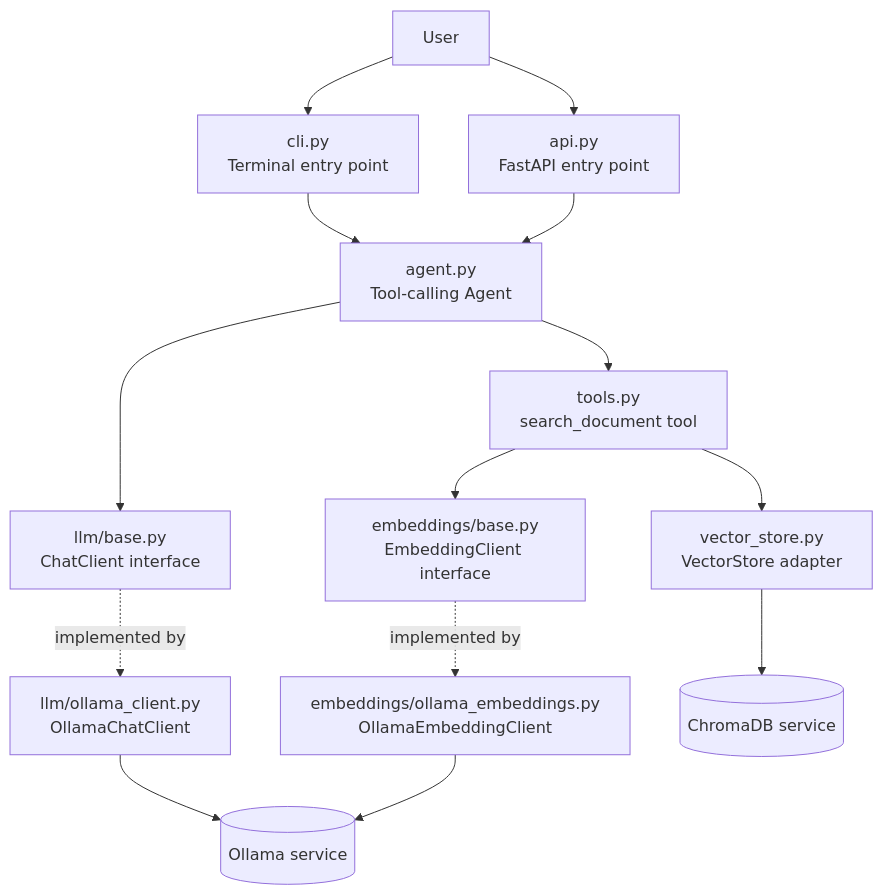
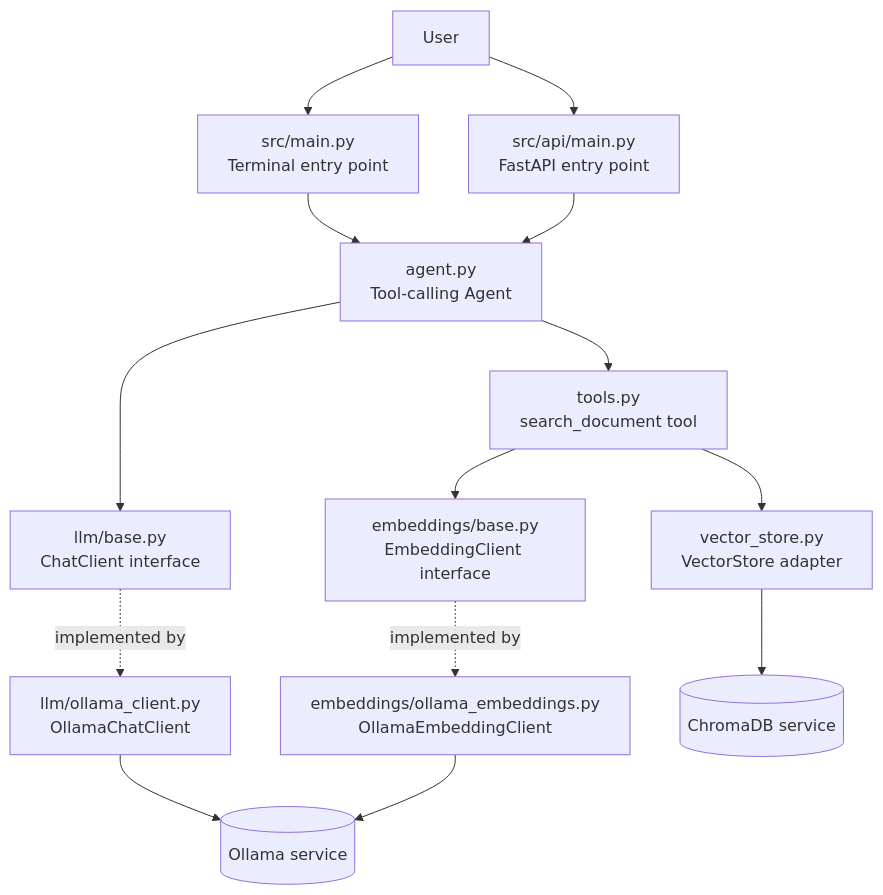
The first of 4 diagrams in README.md (thisismayuresh/rag-document), drawn with Mermaid before and after one commit. The commit also changed other lines of this file and 3 other files, not shown here.

Commit message:
refactor: Removed cli.py and added main.py for better redability

````diff
--- a/README.md
+++ b/README.md
@@ -35,29 +35,29 @@
 ```mermaid
 flowchart TB
     User[User]
-    CLI[cli.py\nTerminal entry point]
-    API[api.py\nFastAPI entry point]
+    CLI[src/main.py\nTerminal entry point]
+    API[src/api/main.py\nFastAPI entry point]
     Agent[agent.py\nTool-calling Agent]
     ChatBase[llm/base.py\nChatClient interface]
     Chat[llm/ollama_client.py\nOllamaChatClient]
     Tool[tools.py\nsearch_document tool]
     EmbedBase[embeddings/base.py\nEmbeddingClient interface]
     Embed[embeddings/ollama_embeddings.py\nOllamaEmbeddingClient]
     Store[vector_store.py\nVectorStore adapter]
     Ollama[(Ollama service)]
     Chroma[(ChromaDB service)]
 
     User --> CLI
     User --> API
     CLI --> Agent
     API --> Agent
     Agent --> ChatBase
     ChatBase -. implemented by .-> Chat
     Chat --> Ollama
     Agent --> Tool
     Tool --> EmbedBase
     EmbedBase -. implemented by .-> Embed
     Embed --> Ollama
     Tool --> Store
     Store --> Chroma
 ```
````
